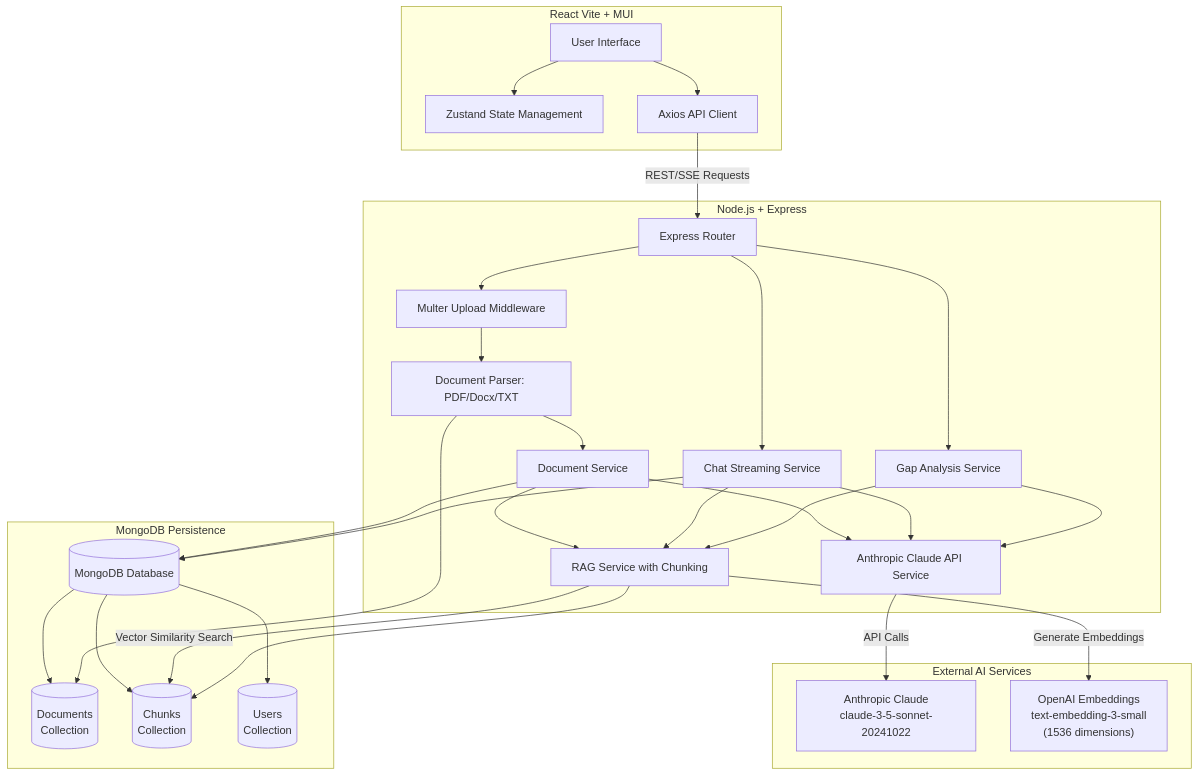
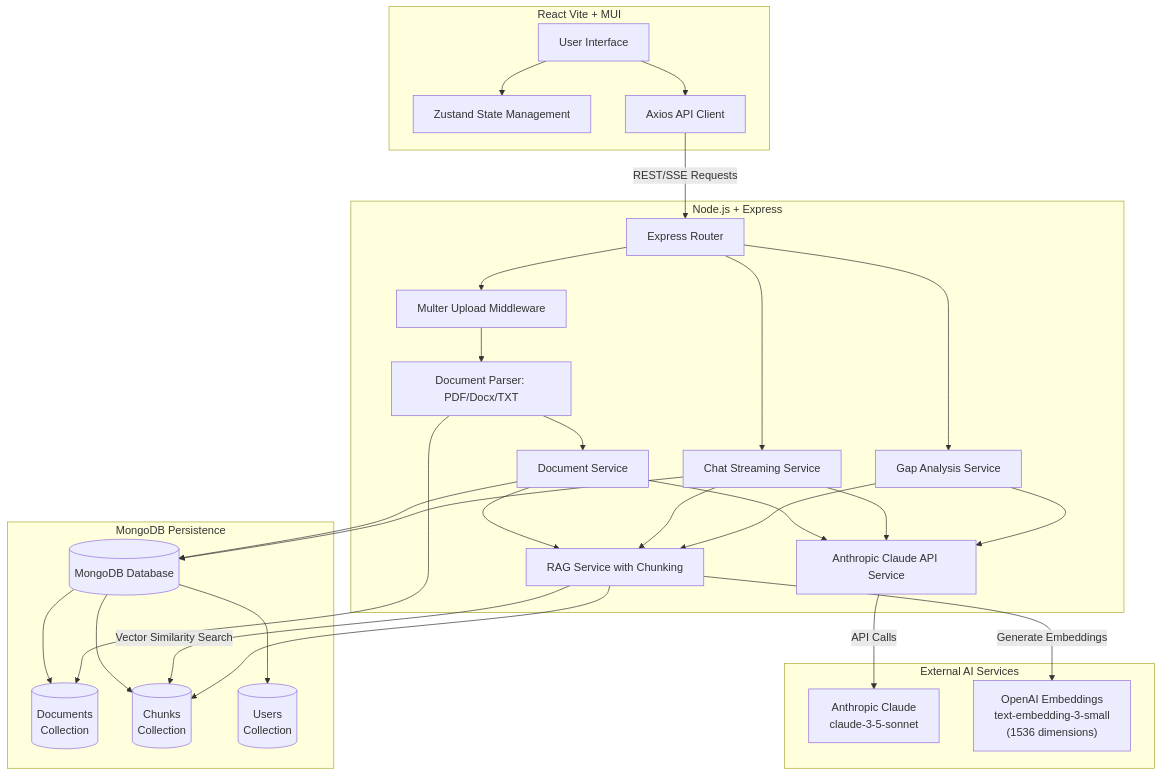
One commit to Jaytru1997/compliance-analyzer changed the diagram in guides/architecture.md. Above: the diagram before and after it, drawn with Mermaid. The commit also changed other lines of this file and 5 other files, not shown here.

````diff
--- a/guides/architecture.md
+++ b/guides/architecture.md
@@ -7,57 +7,57 @@
 ```mermaid
 graph TD
     subgraph Frontend [React Vite + MUI]
         UI[User Interface]
         State[Zustand State Management]
         API_Client[Axios API Client]
         UI --> State
         UI --> API_Client
     end
 
     subgraph Backend [Node.js + Express]
         Router[Express Router]
         Upload[Multer Upload Middleware]
         Parser[Document Parser: PDF/Docx/TXT]
         DocService[Document Service]
         RAG[RAG Service with Chunking]
         AI_Service[Anthropic Claude API Service]
         GapAnalysis[Gap Analysis Service]
         ChatStream[Chat Streaming Service]
         
         Router --> Upload
         Upload --> Parser
         Parser --> DocService
         DocService --> RAG
         DocService --> AI_Service
         Router --> ChatStream
         ChatStream --> RAG
         ChatStream --> AI_Service
         Router --> GapAnalysis
         GapAnalysis --> AI_Service
         GapAnalysis --> RAG
     end
 
     subgraph External_Services [External AI Services]
-        Claude["Anthropic Claude<br/>claude-3-5-sonnet-20241022"]
+        Claude["Anthropic Claude<br/>claude-3-5-sonnet"]
         OpenAI["OpenAI Embeddings<br/>text-embedding-3-small<br/>(1536 dimensions)"]
     end
 
     subgraph Storage [MongoDB Persistence]
         MongoDB[(MongoDB Database)]
         Documents[(Documents<br/>Collection)]
         Chunks[(Chunks<br/>Collection)]
         Users[(Users<br/>Collection)]
         MongoDB --> Documents
         MongoDB --> Chunks
         MongoDB --> Users
     end
 
     API_Client -->|REST/SSE Requests| Router
     RAG -->|Generate Embeddings| OpenAI
     RAG -->|Vector Similarity Search| Chunks
     AI_Service -->|API Calls| Claude
     Parser --> Documents
     RAG --> Chunks
     DocService --> MongoDB
     ChatStream --> MongoDB
 ```
````
